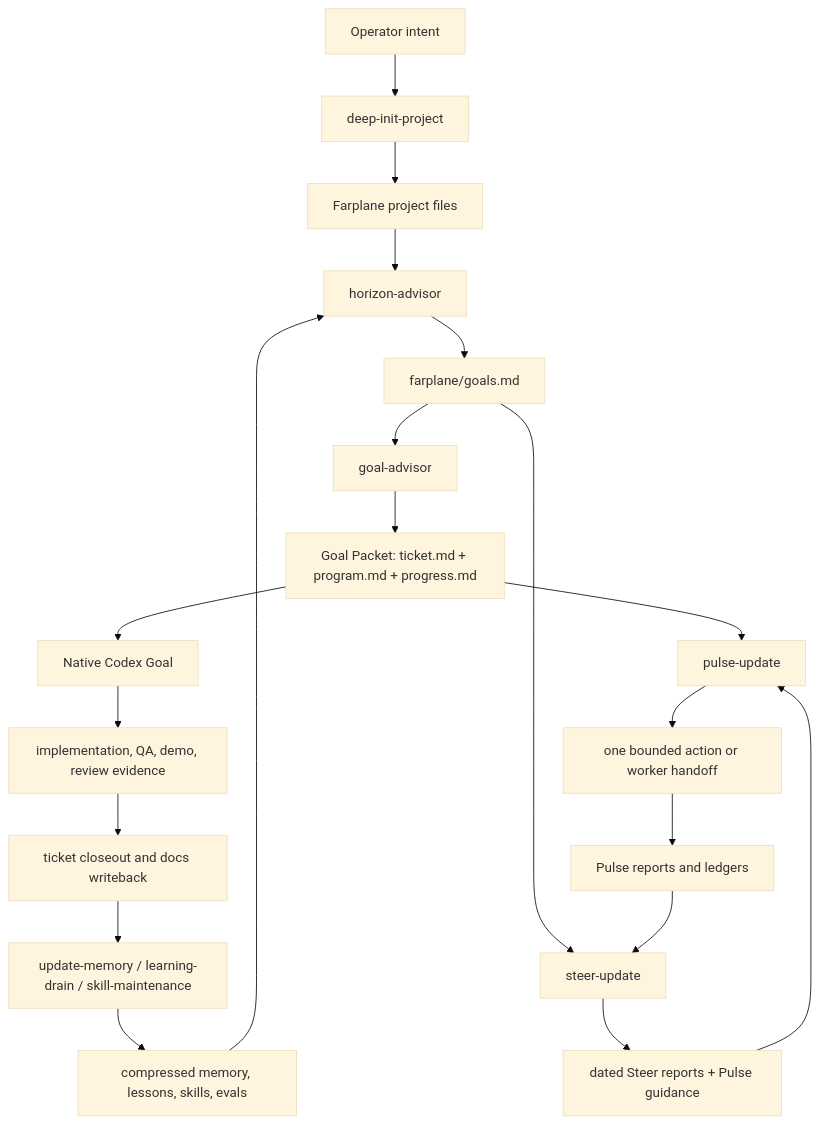
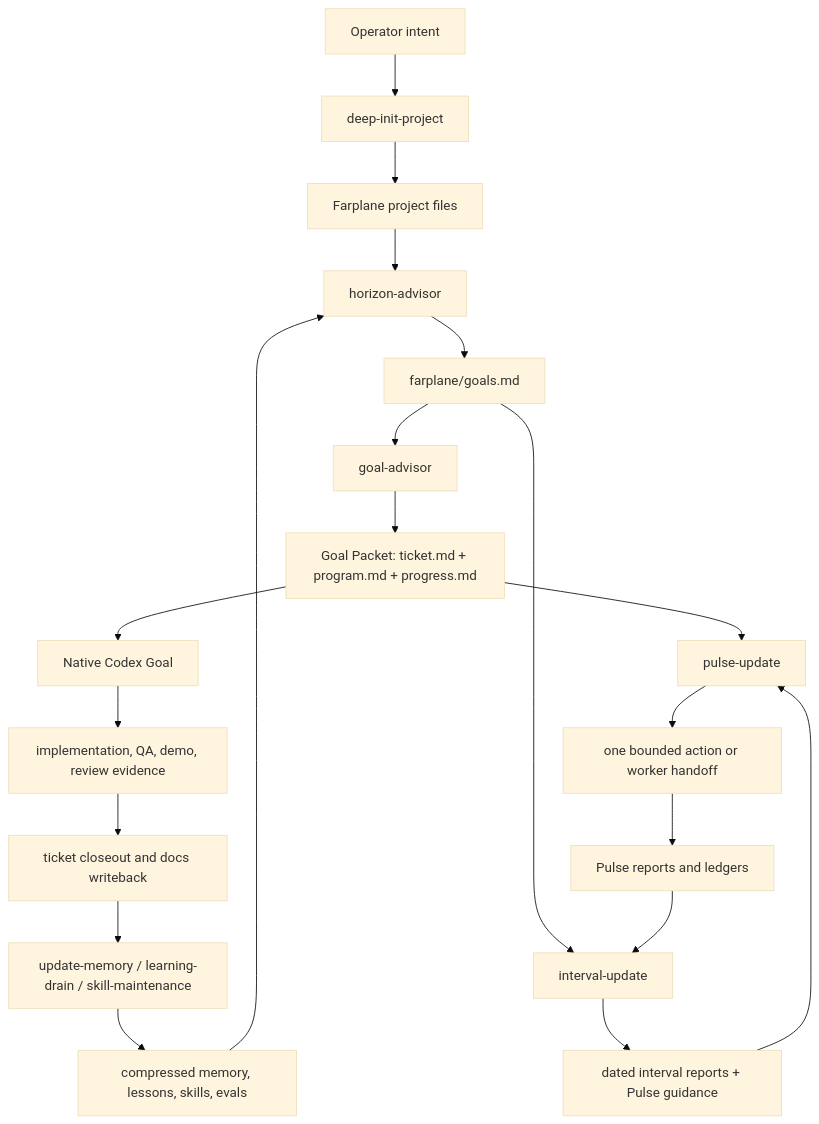
The diagram in docs/farplane-framework/lifecycle.md (ZanarkandTechnologies/Farplane), drawn with Mermaid (base theme) before and after one commit. The commit also changed other lines of this file and 109 other files, not shown here.

````diff
--- a/docs/farplane-framework/lifecycle.md
+++ b/docs/farplane-framework/lifecycle.md
@@ -86,22 +86,22 @@
 ```mermaid
 flowchart TD
   A["Operator intent"] --> B["deep-init-project"]
   B --> C["Farplane project files"]
   C --> D["horizon-advisor"]
   D --> E["farplane/goals.md"]
   E --> F["goal-advisor"]
   F --> G["Goal Packet: ticket.md + program.md + progress.md"]
   G --> H["Native Codex Goal"]
   H --> I["implementation, QA, demo, review evidence"]
   I --> J["ticket closeout and docs writeback"]
-  E --> K["steer-update"]
-  K --> L["dated Steer reports + Pulse guidance"]
+  E --> K["interval-update"]
+  K --> L["dated interval reports + Pulse guidance"]
   G --> M["pulse-update"]
   L --> M
   M --> N["one bounded action or worker handoff"]
   N --> O["Pulse reports and ledgers"]
   O --> K
   J --> P["update-memory / learning-drain / skill-maintenance"]
   P --> Q["compressed memory, lessons, skills, evals"]
   Q --> D
 ```
````
